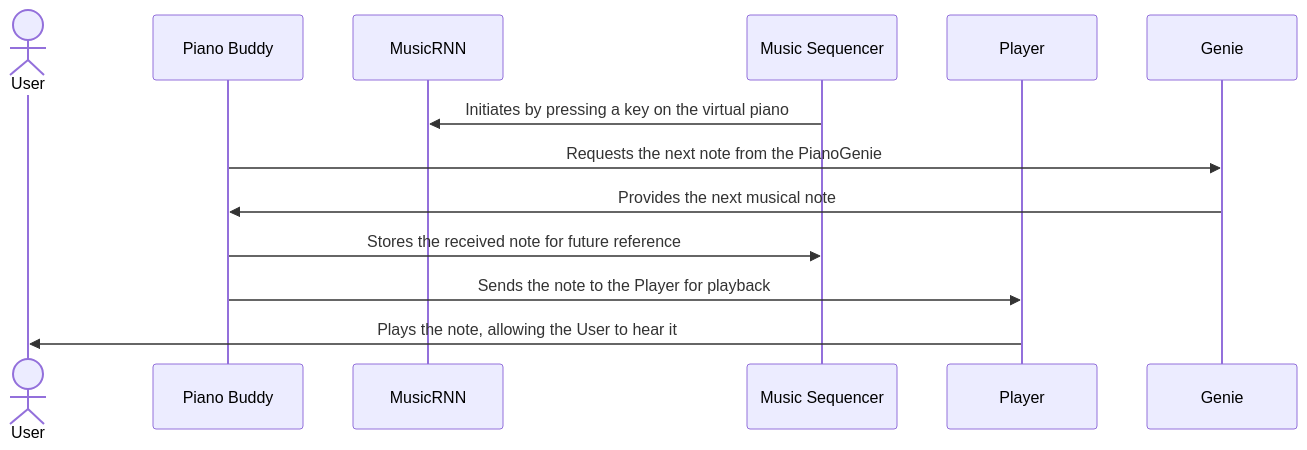
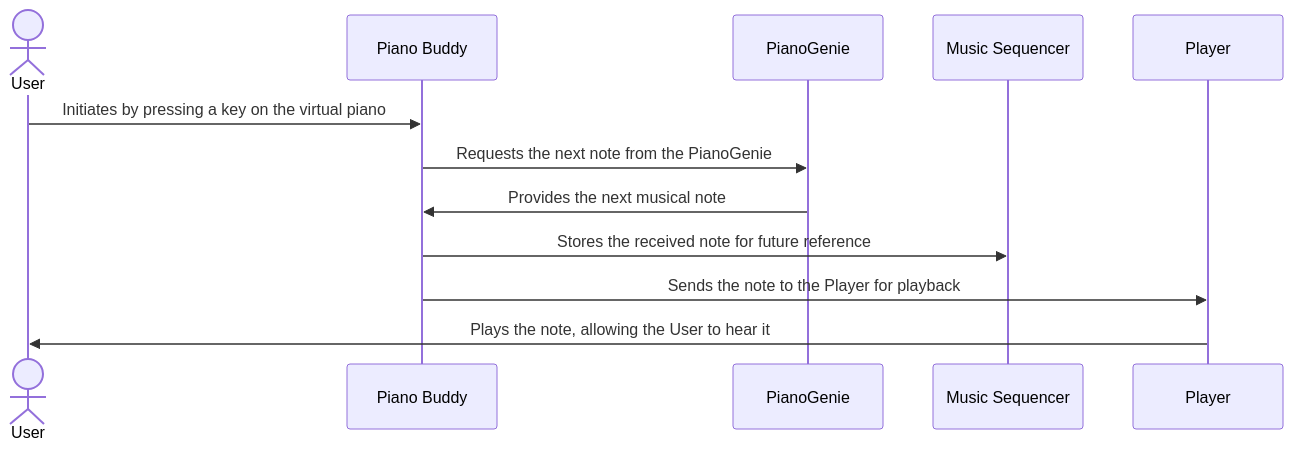
One commit to NastaranMO/piano-buddy changed the first of 2 diagrams in README.md. Above: the diagram before and after it, drawn with Mermaid. The commit also changed other lines of this file, not shown here.

Commit message:
fix diagram issue

````diff
--- a/README.md
+++ b/README.md
@@ -79,15 +79,16 @@
 ```mermaid
 sequenceDiagram
     actor User as User
     participant Buddy as Piano Buddy
-    participant RNN as MusicRNN
+    participant Genie as PianoGenie
     participant Seq as Music Sequencer
     participant Player as Player
     
-    Seq->>RNN: Initiates by pressing a key on the virtual piano 
+    User->>Buddy: Initiates by pressing a key on the virtual piano 
     Buddy->>Genie: Requests the next note from the PianoGenie
     Genie->>Buddy: Provides the next musical note
     Buddy->>Seq: Stores the received note for future reference
     Buddy->>Player: Sends the note to the Player for playback
     Player->>User: Plays the note, allowing the User to hear it
+
 ```
````
